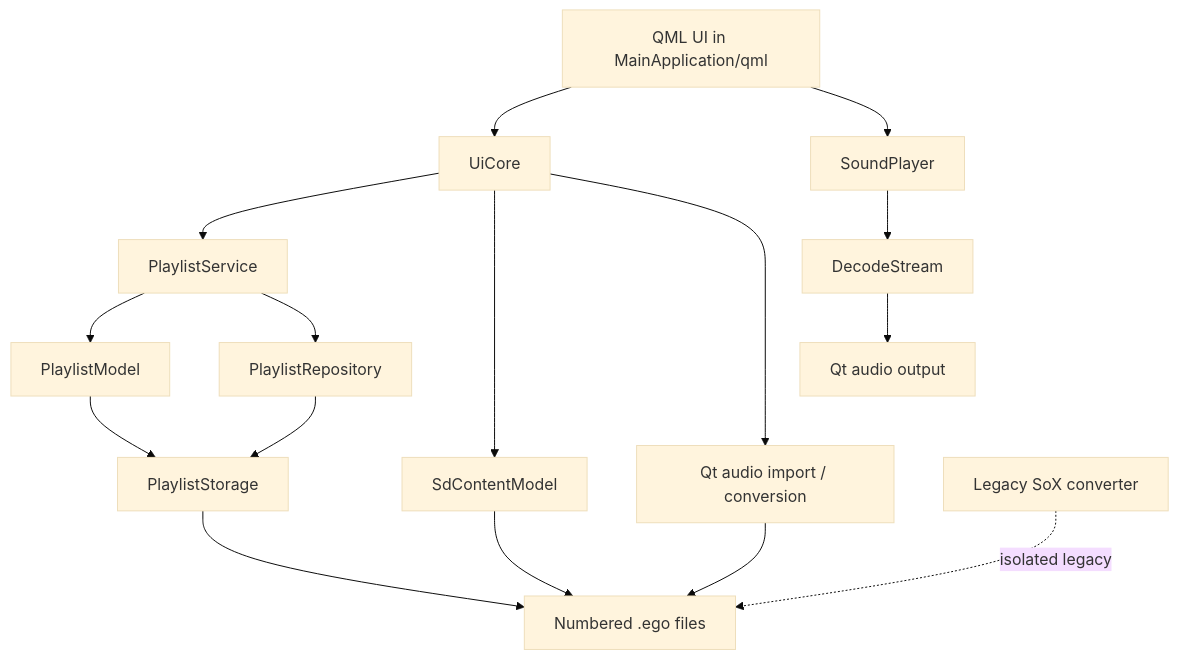
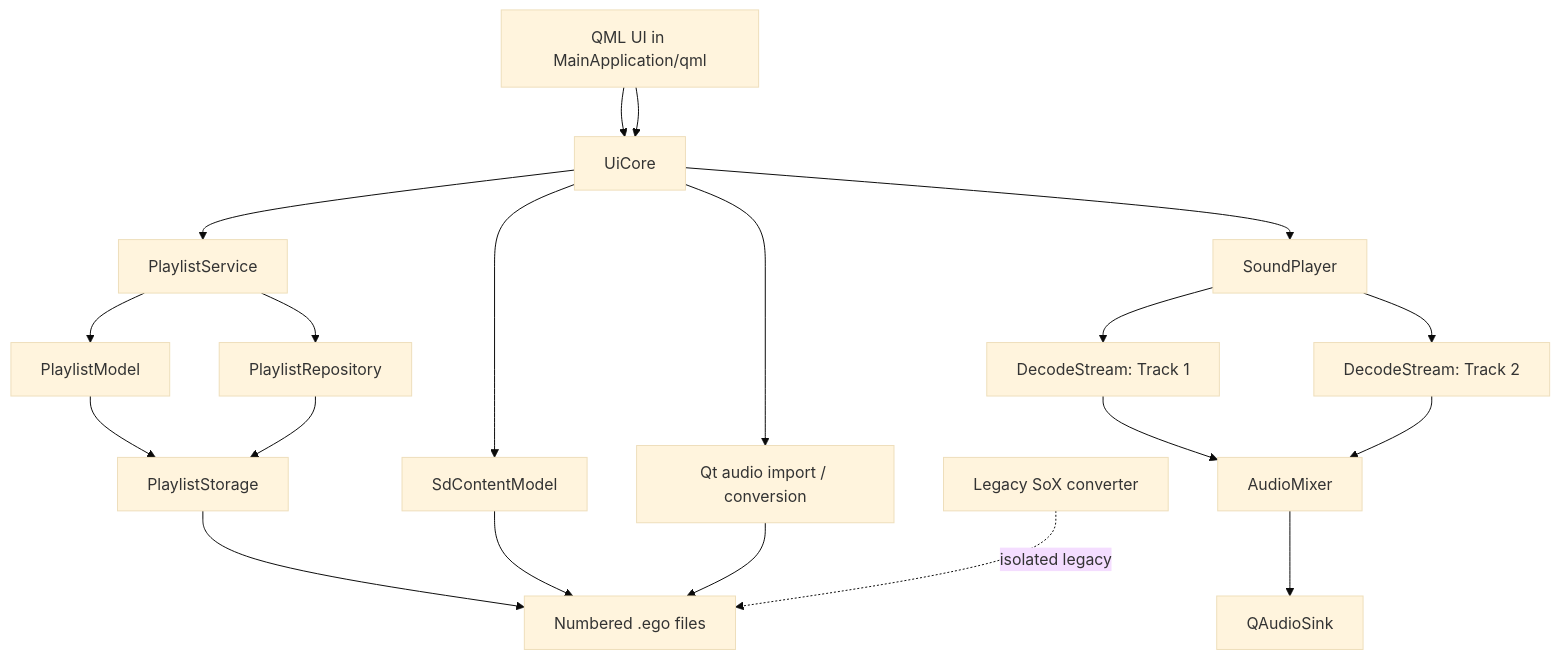
One commit to DIME-TILL-DEATH/EgoApp changed the diagram in docs/ARCHITECTURE.md. Above: the diagram before and after it, drawn with Mermaid (base theme). The commit also changed other lines of this file and 13 other files, not shown here.

````diff
--- a/docs/ARCHITECTURE.md
+++ b/docs/ARCHITECTURE.md
@@ -5,18 +5,22 @@
 ```mermaid
 flowchart TD
  QML[QML UI in MainApplication/qml] --> CORE[UiCore]
  CORE --> SERVICE[PlaylistService]
  CORE --> SD[SdContentModel]
  SERVICE --> PL[PlaylistModel]
  SERVICE --> REPO[PlaylistRepository]
  PL --> STORAGE[PlaylistStorage]
  REPO --> STORAGE
  STORAGE --> FS[Numbered .ego files]
  SD --> FS
  CORE --> IMP[Qt audio import / conversion]
  IMP --> FS
- QML --> PLAYER[SoundPlayer]
- PLAYER --> DEC[DecodeStream]
- DEC --> OUT[Qt audio output]
+ QML --> CORE
+ CORE --> PLAYER[SoundPlayer]
+ PLAYER --> DEC1[DecodeStream: Track 1]
+ PLAYER --> DEC2[DecodeStream: Track 2]
+ DEC1 --> MIX[AudioMixer]
+ DEC2 --> MIX
+ MIX --> OUT[QAudioSink]
  LEGACY[Legacy SoX converter] -. isolated legacy .-> FS
 ```
````
